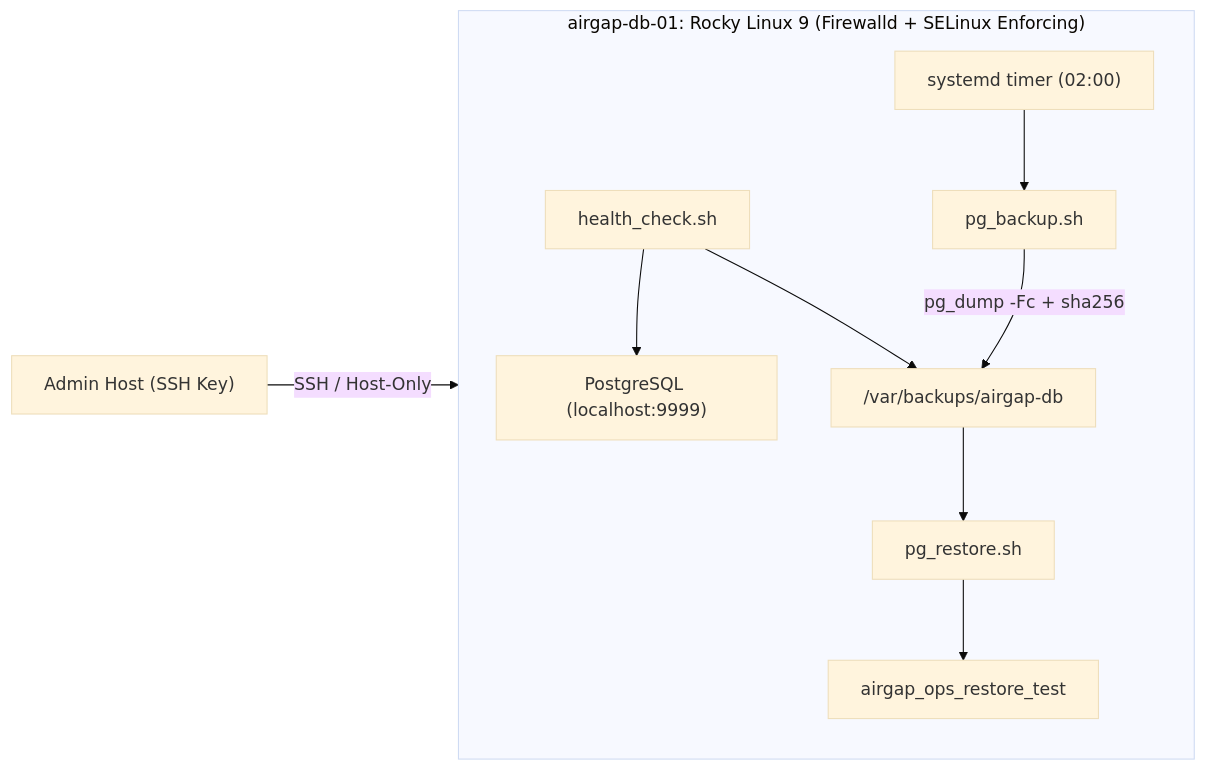
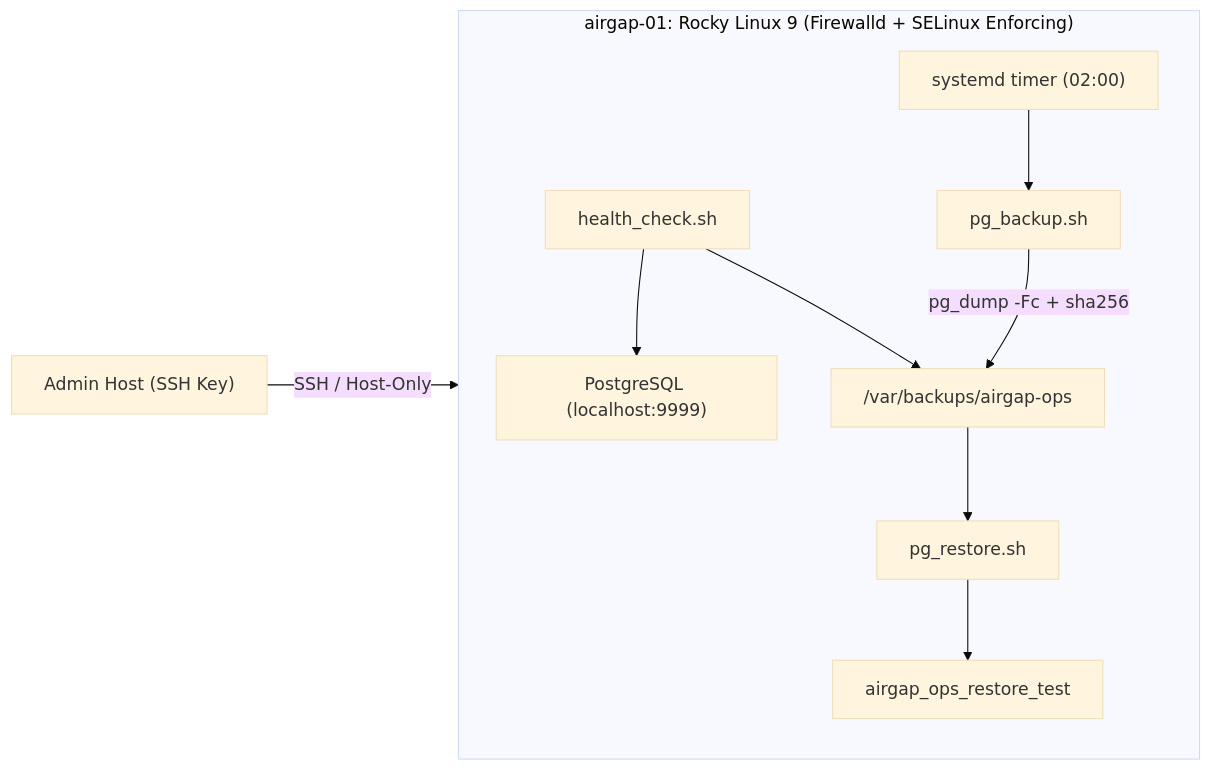
The diagram in README.md (emredalaman07/airgap-ops), drawn with Mermaid (base theme) before and after one commit. The commit also changed other lines of this file and 10 other files, not shown here.

Commit message:
Align project title and paths to AirgapOps — Linux Hardening & Backup Suite (airgap-ops)

````diff
--- a/README.md
+++ b/README.md
@@ -7,14 +7,14 @@
 ```mermaid
 flowchart LR
     Admin["Admin Host (SSH Key)"] -->|SSH / Host-Only| VM
 
-    subgraph VM["airgap-db-01: Rocky Linux 9 (Firewalld + SELinux Enforcing)"]
+    subgraph VM["airgap-01: Rocky Linux 9 (Firewalld + SELinux Enforcing)"]
         PG["PostgreSQL (localhost:9999)"]
         Timer["systemd timer (02:00)"] --> Backup["pg_backup.sh"]
-        Backup -->|pg_dump -Fc + sha256| Store["/var/backups/airgap-db"]
+        Backup -->|pg_dump -Fc + sha256| Store["/var/backups/airgap-ops"]
         Store --> Restore["pg_restore.sh"]
         Restore --> TestDB["airgap_ops_restore_test"]
         Health["health_check.sh"] --> PG
         Health --> Store
     end
 ```
````
